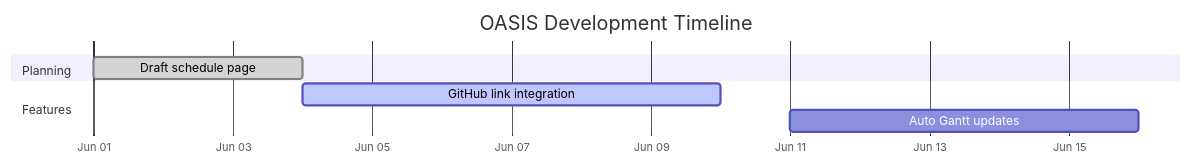
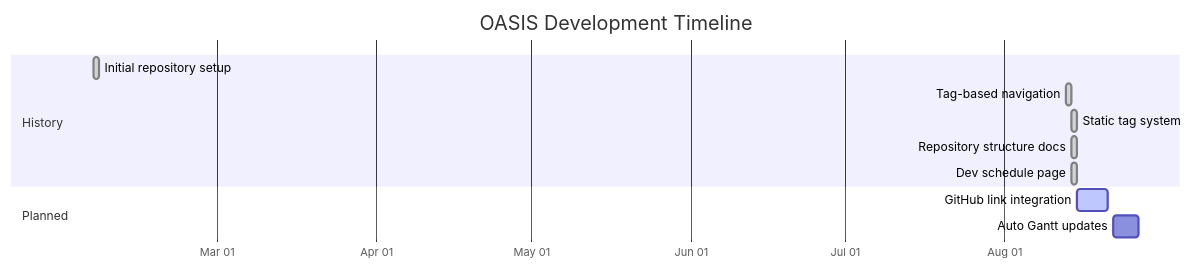
One commit to CU-ESIIL/home changed the diagram in docs/dev-schedule.md. Above: the diagram before and after it, drawn with Mermaid. The commit also changed other lines of this file, not shown here.

Commit message:
Add historical timeline to development schedule

````diff
--- a/docs/dev-schedule.md
+++ b/docs/dev-schedule.md
@@ -21,11 +39,15 @@
 ```mermaid
 gantt
     title OASIS Development Timeline
     dateFormat  YYYY-MM-DD
     axisFormat  %b %d
-    section Planning
-    Draft schedule page     :done,    des1, 2024-06-01, 3d
-    section Features
-    GitHub link integration :active,  des2, 2024-06-04, 6d
-    Auto Gantt updates      :         des3, 2024-06-11, 5d
+    section History
+    Initial repository setup  :done, hist1, 2025-02-05, 1d
+    Tag-based navigation      :done, hist2, 2025-08-13, 1d
+    Static tag system         :done, hist3, 2025-08-14, 1d
+    Repository structure docs :done, hist4, 2025-08-14, 1d
+    Dev schedule page         :done, hist5, 2025-08-14, 1d
+    section Planned
+    GitHub link integration   :active, plan1, 2025-08-15, 6d
+    Auto Gantt updates        :       plan2, 2025-08-22, 5d
 ```
````
